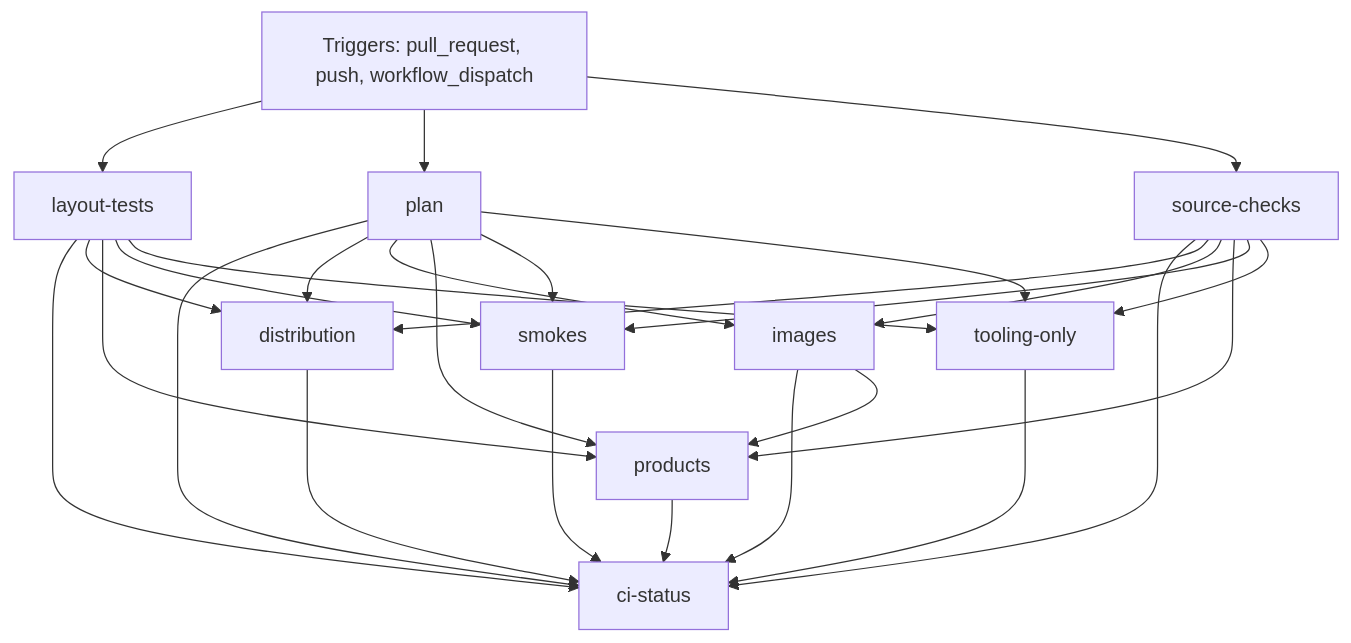
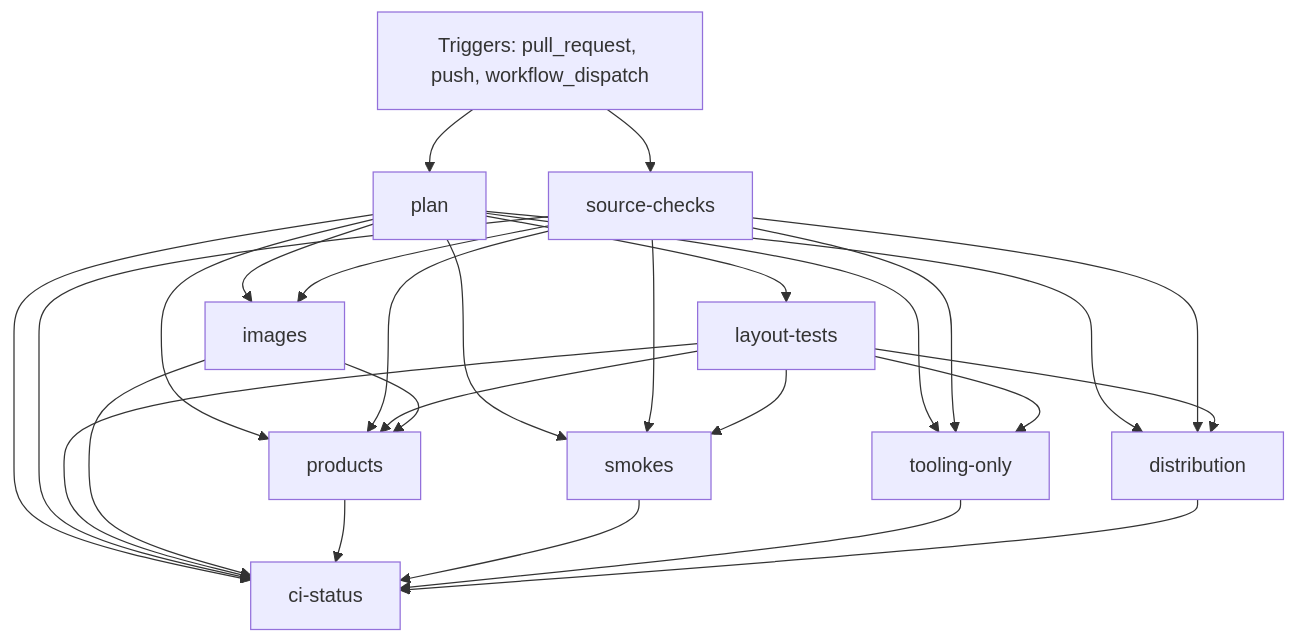
The diagram in docs/ci/github/script-companions-ci.md (FrenchExDev2/QuietCli.PoSh), drawn with Mermaid before and after one commit. The commit also changed other lines of this file and 35 other files, not shown here.

```diff
--- a/docs/ci/github/script-companions-ci.md
+++ b/docs/ci/github/script-companions-ci.md
@@ -34,39 +40,39 @@
 ~~~mermaid
 flowchart TD
     event["Triggers: pull_request, push, workflow_dispatch"]
     job_ci_status["ci-status"]
     job_distribution["distribution"]
     job_images["images"]
     job_layout_tests["layout-tests"]
     job_plan["plan"]
     job_products["products"]
     job_smokes["smokes"]
     job_source_checks["source-checks"]
     job_tooling_only["tooling-only"]
     job_plan --> job_ci_status
     job_source_checks --> job_ci_status
     job_layout_tests --> job_ci_status
     job_images --> job_ci_status
     job_products --> job_ci_status
     job_smokes --> job_ci_status
     job_tooling_only --> job_ci_status
     job_distribution --> job_ci_status
     job_plan --> job_distribution
     job_source_checks --> job_distribution
     job_layout_tests --> job_distribution
     job_plan --> job_images
     job_source_checks --> job_images
-    event --> job_layout_tests
+    job_plan --> job_layout_tests
     event --> job_plan
     job_plan --> job_products
     job_source_checks --> job_products
     job_layout_tests --> job_products
     job_images --> job_products
     job_plan --> job_smokes
     job_source_checks --> job_smokes
     job_layout_tests --> job_smokes
     event --> job_source_checks
     job_plan --> job_tooling_only
     job_source_checks --> job_tooling_only
     job_layout_tests --> job_tooling_only
 ~~~
```
